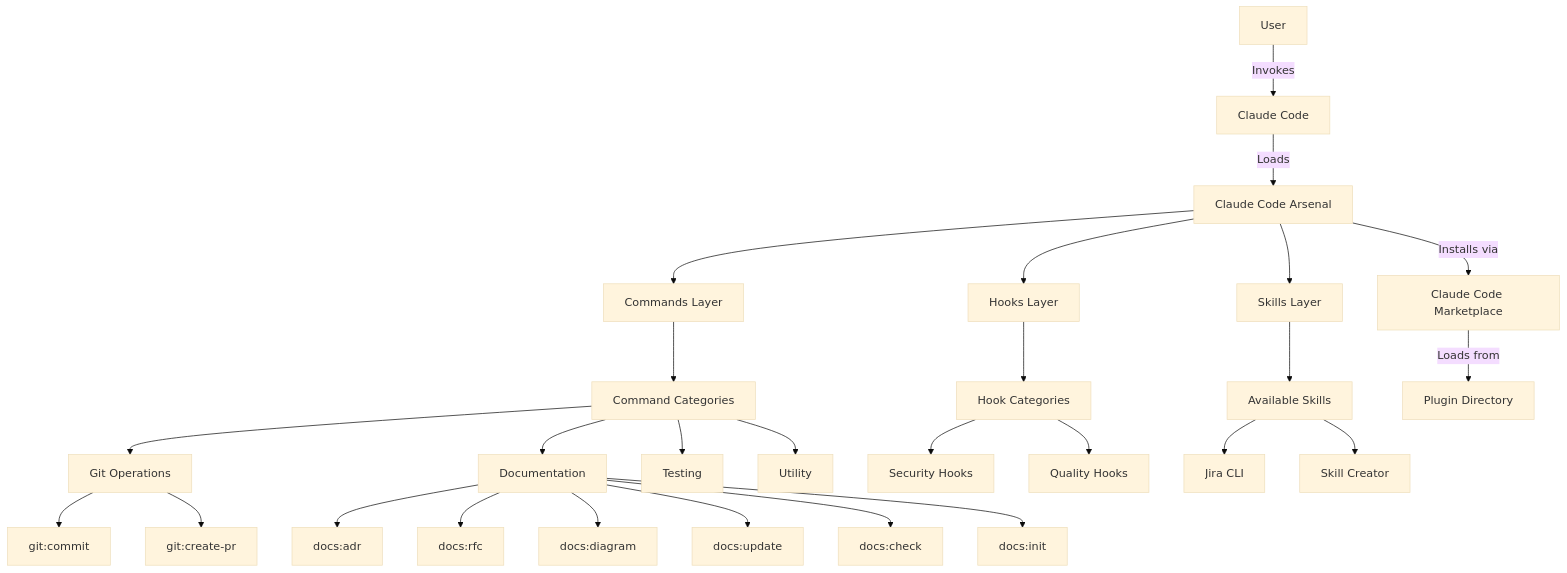
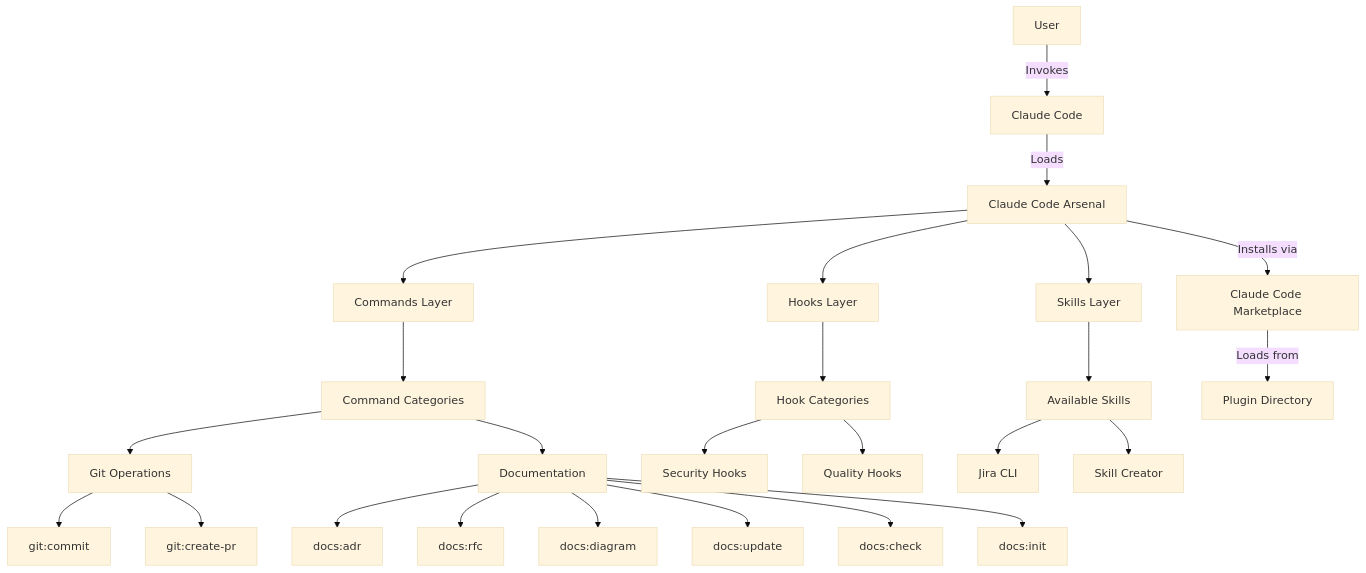
One commit to mgiovani/cc-arsenal changed the first of 2 diagrams in docs/architecture.md. Above: the diagram before and after it, drawn with Mermaid (base theme). The commit also changed other lines of this file and 36 other files, not shown here.

````diff
--- a/docs/architecture.md
+++ b/docs/architecture.md
@@ -43,36 +43,34 @@
 ```mermaid
 graph TB
     User[User] -->|Invokes| Claude[Claude Code]
     Claude -->|Loads| Arsenal[Claude Code Arsenal]
 
     Arsenal --> Commands[Commands Layer]
     Arsenal --> Hooks[Hooks Layer]
     Arsenal --> Skills[Skills Layer]
 
     Commands --> CmdTypes[Command Categories]
     CmdTypes --> Git[Git Operations]
     CmdTypes --> Docs[Documentation]
-    CmdTypes --> Test[Testing]
-    CmdTypes --> Util[Utility]
 
     Hooks --> HookTypes[Hook Categories]
     HookTypes --> Security[Security Hooks]
     HookTypes --> Quality[Quality Hooks]
 
     Skills --> SkillTypes[Available Skills]
     SkillTypes --> Jira[Jira CLI]
     SkillTypes --> Creator[Skill Creator]
 
     Arsenal -->|Installs via| Plugin[Claude Code Marketplace]
     Plugin -->|Loads from| PluginDir[Plugin Directory]
 
     Git --> GitCommit[git:commit]
     Git --> GitPR[git:create-pr]
 
     Docs --> DocADR[docs:adr]
     Docs --> DocRFC[docs:rfc]
     Docs --> DocDiagram[docs:diagram]
     Docs --> DocUpdate[docs:update]
     Docs --> DocCheck[docs:check]
     Docs --> DocInit[docs:init]
 ```
````
